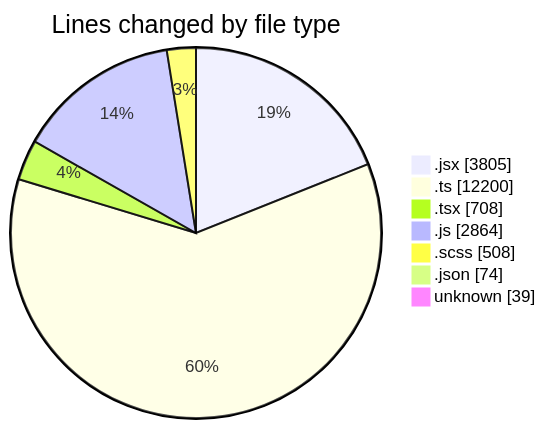
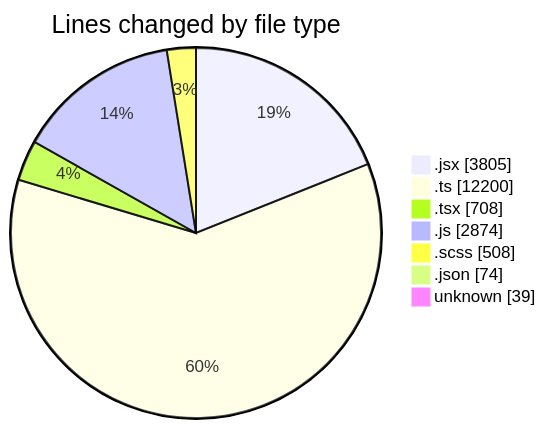
The first of 2 diagrams in 2025-06-05/cda/README.md (momahboobian/code-tracking), drawn with Mermaid before and after one commit. The commit also changed other lines of this file and 1 other file, not shown here.

````diff
--- a/2025-06-05/cda/README.md
+++ b/2025-06-05/cda/README.md
@@ -58,11 +58,11 @@
 ```mermaid
 pie showData
 title Lines changed by file type
 ".jsx" : 3805
 ".ts" : 12200
 ".tsx" : 708
-".js" : 2864
+".js" : 2874
 ".scss" : 508
 ".json" : 74
 "unknown" : 39
 ```
````
